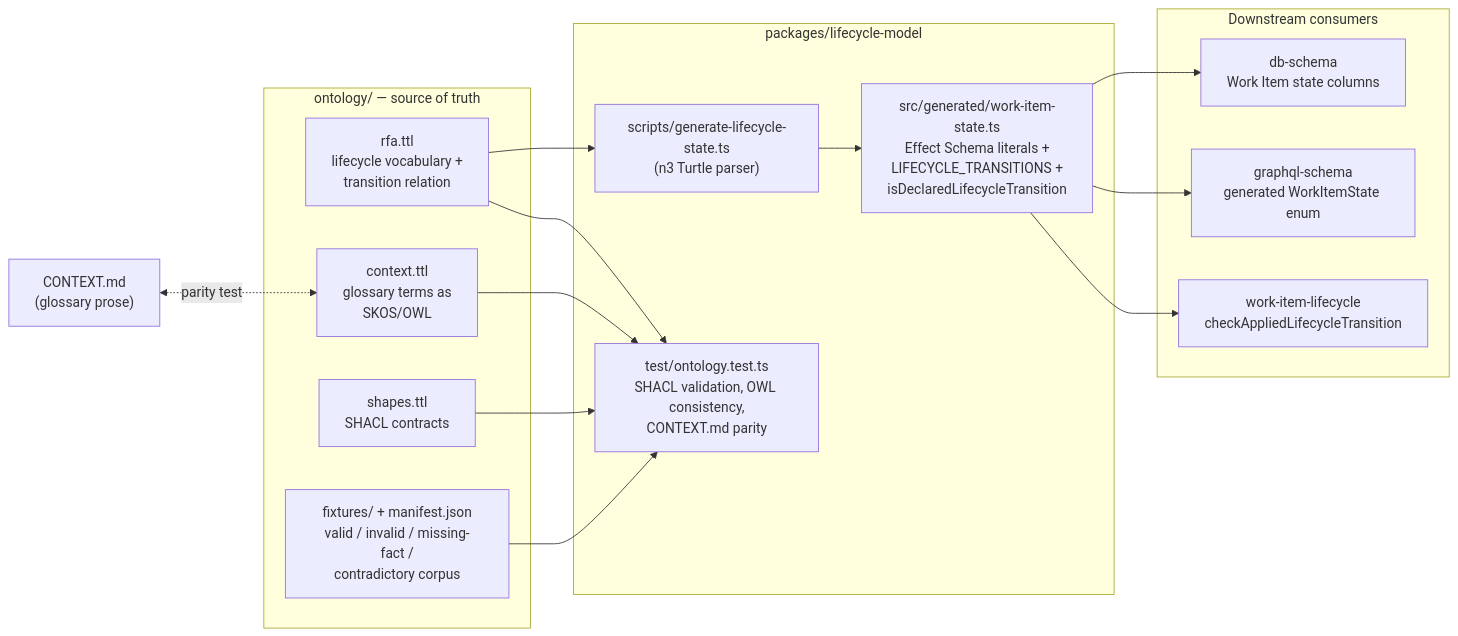
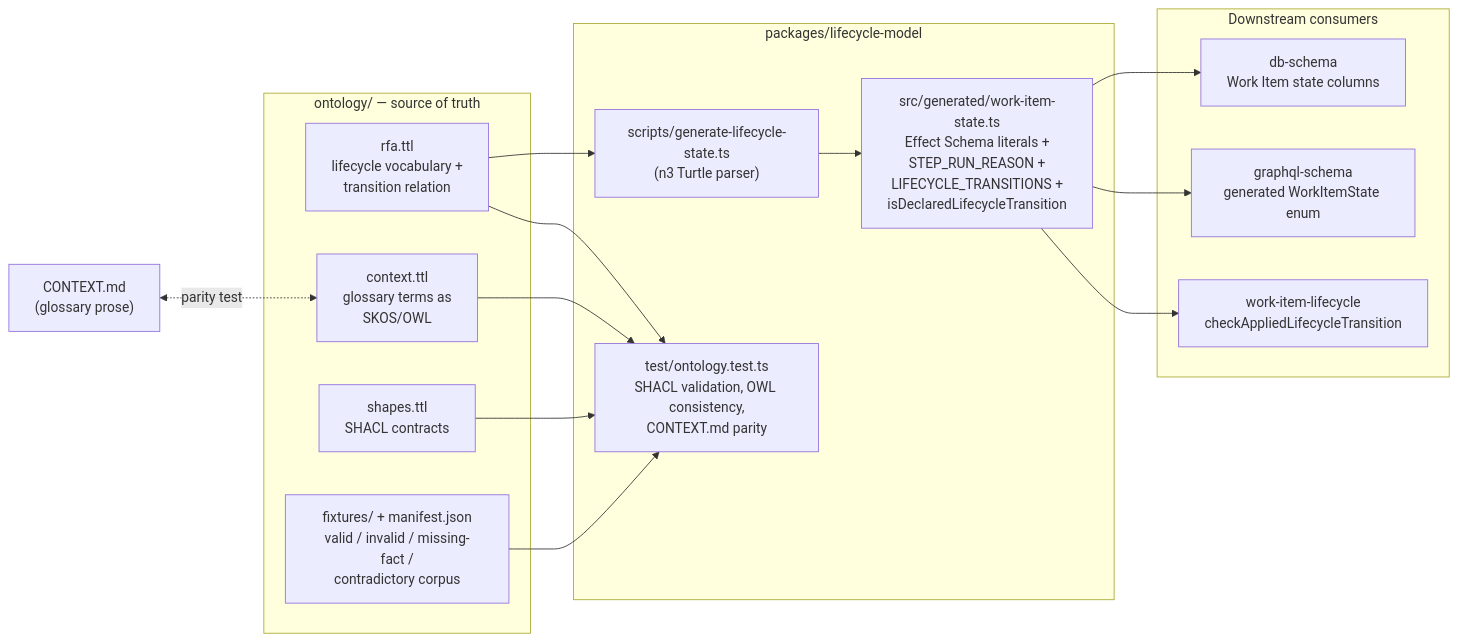
The first of 3 diagrams in ontology/README.md (berenddeboer/ready-for-agent), drawn with Mermaid before and after one commit. The commit also changed other lines of this file and 9 other files, not shown here.

First line of the commit message:
feat(lifecycle-model): generate Step Run reason codes from the ontology (#1140)

````diff
--- a/ontology/README.md
+++ b/ontology/README.md
@@ -33,33 +33,33 @@
 ```mermaid
 flowchart LR
   contextmd["CONTEXT.md<br/>(glossary prose)"]
 
   subgraph ont["ontology/ — source of truth"]
     rfa["rfa.ttl<br/>lifecycle vocabulary +<br/>transition relation"]
     ctx["context.ttl<br/>glossary terms as<br/>SKOS/OWL"]
     shapes["shapes.ttl<br/>SHACL contracts"]
     fixtures["fixtures/ + manifest.json<br/>valid / invalid / missing-fact /<br/>contradictory corpus"]
   end
 
   subgraph lm["packages/lifecycle-model"]
     gen["scripts/generate-lifecycle-state.ts<br/>(n3 Turtle parser)"]
-    generated["src/generated/work-item-state.ts<br/>Effect Schema literals +<br/>LIFECYCLE_TRANSITIONS +<br/>isDeclaredLifecycleTransition"]
+    generated["src/generated/work-item-state.ts<br/>Effect Schema literals +<br/>STEP_RUN_REASON +<br/>LIFECYCLE_TRANSITIONS +<br/>isDeclaredLifecycleTransition"]
     tests["test/ontology.test.ts<br/>SHACL validation, OWL consistency,<br/>CONTEXT.md parity"]
   end
 
   subgraph consumers["Downstream consumers"]
     db["db-schema<br/>Work Item state columns"]
     gql["graphql-schema<br/>generated WorkItemState enum"]
     wil["work-item-lifecycle<br/>checkAppliedLifecycleTransition"]
   end
 
   rfa --> gen --> generated
   generated --> db
   generated --> gql
   generated --> wil
   rfa --> tests
   ctx --> tests
   shapes --> tests
   fixtures --> tests
   contextmd <-. "parity test" .-> ctx
 ```
````
